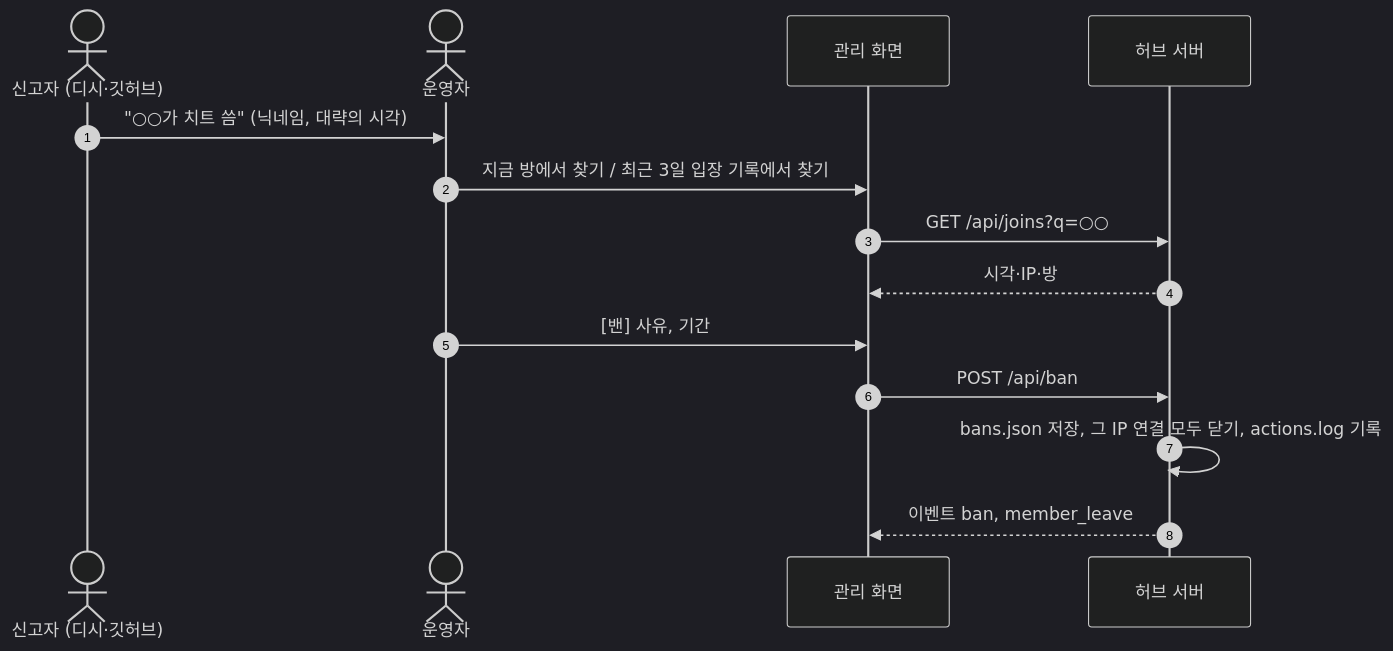
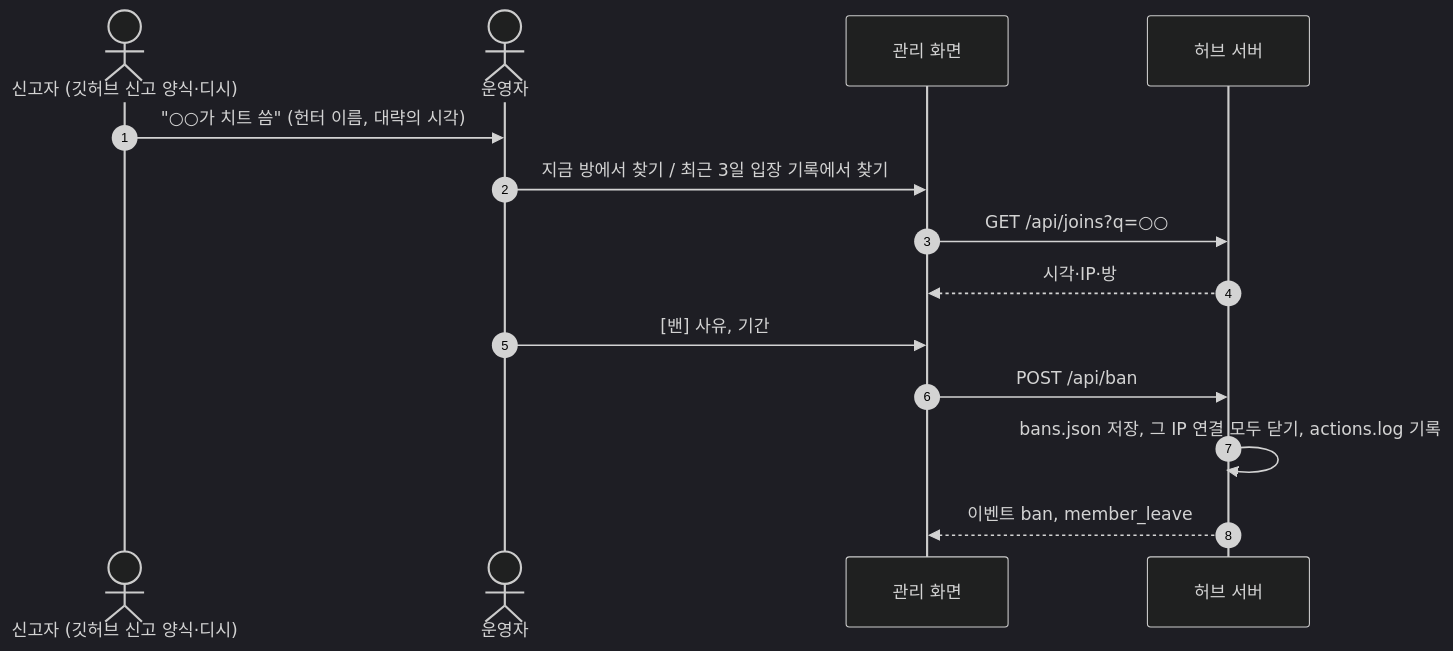
The fourth of 5 diagrams in docs/hub-admin.md (SDK1175/MHXXRecomp), drawn with Mermaid (dark theme) before and after one commit. The commit also changed 3 other files, not shown here.

````diff
--- a/docs/hub-admin.md
+++ b/docs/hub-admin.md
@@ -190,17 +190,17 @@
 ```mermaid
 sequenceDiagram
   autonumber
-  actor R as 신고자 (디시·깃허브)
+  actor R as 신고자 (깃허브 신고 양식·디시)
   actor A as 운영자
   participant UI as 관리 화면
   participant Hub as 허브 서버
 
-  R->>A: "○○가 치트 씀" (닉네임, 대략의 시각)
+  R->>A: "○○가 치트 씀" (헌터 이름, 대략의 시각)
   A->>UI: 지금 방에서 찾기 / 최근 3일 입장 기록에서 찾기
   UI->>Hub: GET /api/joins?q=○○
   Hub-->>UI: 시각·IP·방
   A->>UI: [밴] 사유, 기간
   UI->>Hub: POST /api/ban
   Hub->>Hub: bans.json 저장, 그 IP 연결 모두 닫기, actions.log 기록
   Hub-->>UI: 이벤트 ban, member_leave
 ```
````
